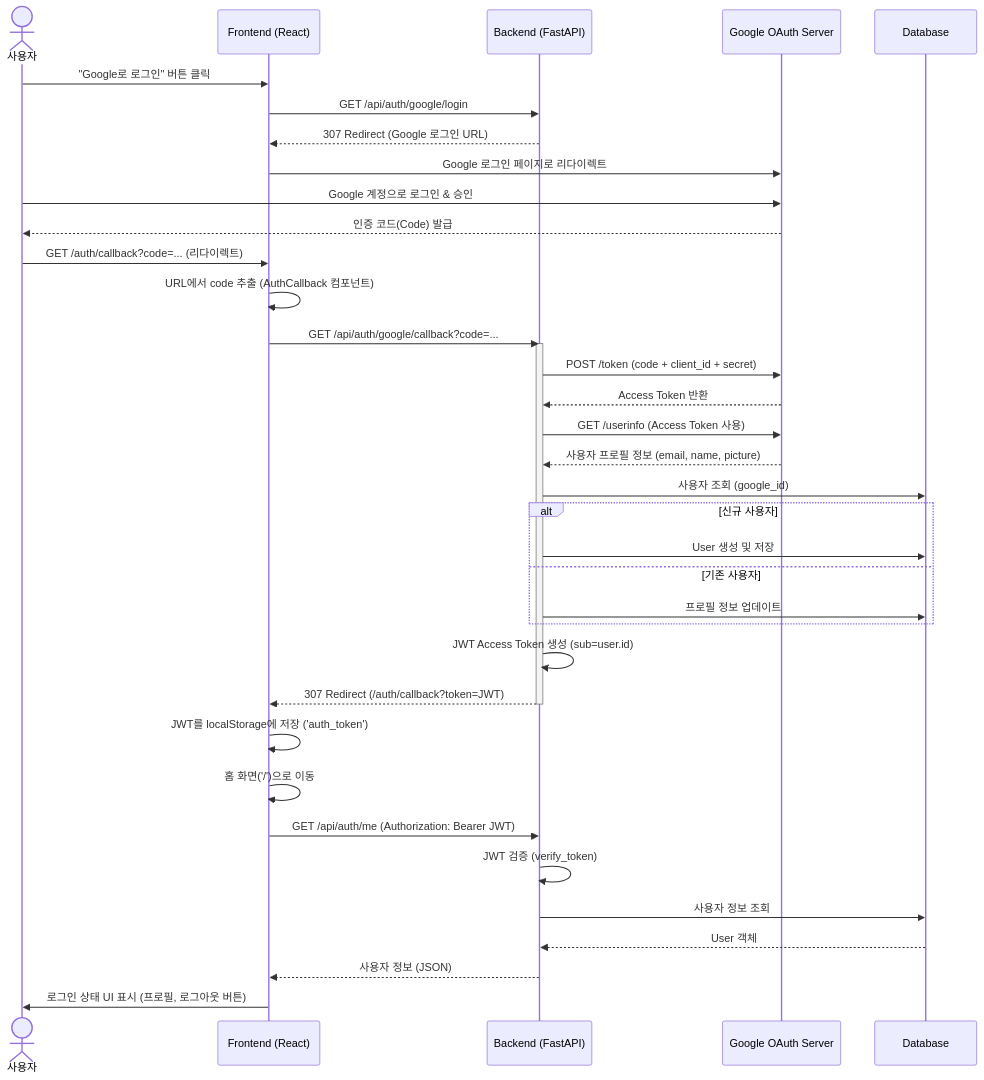
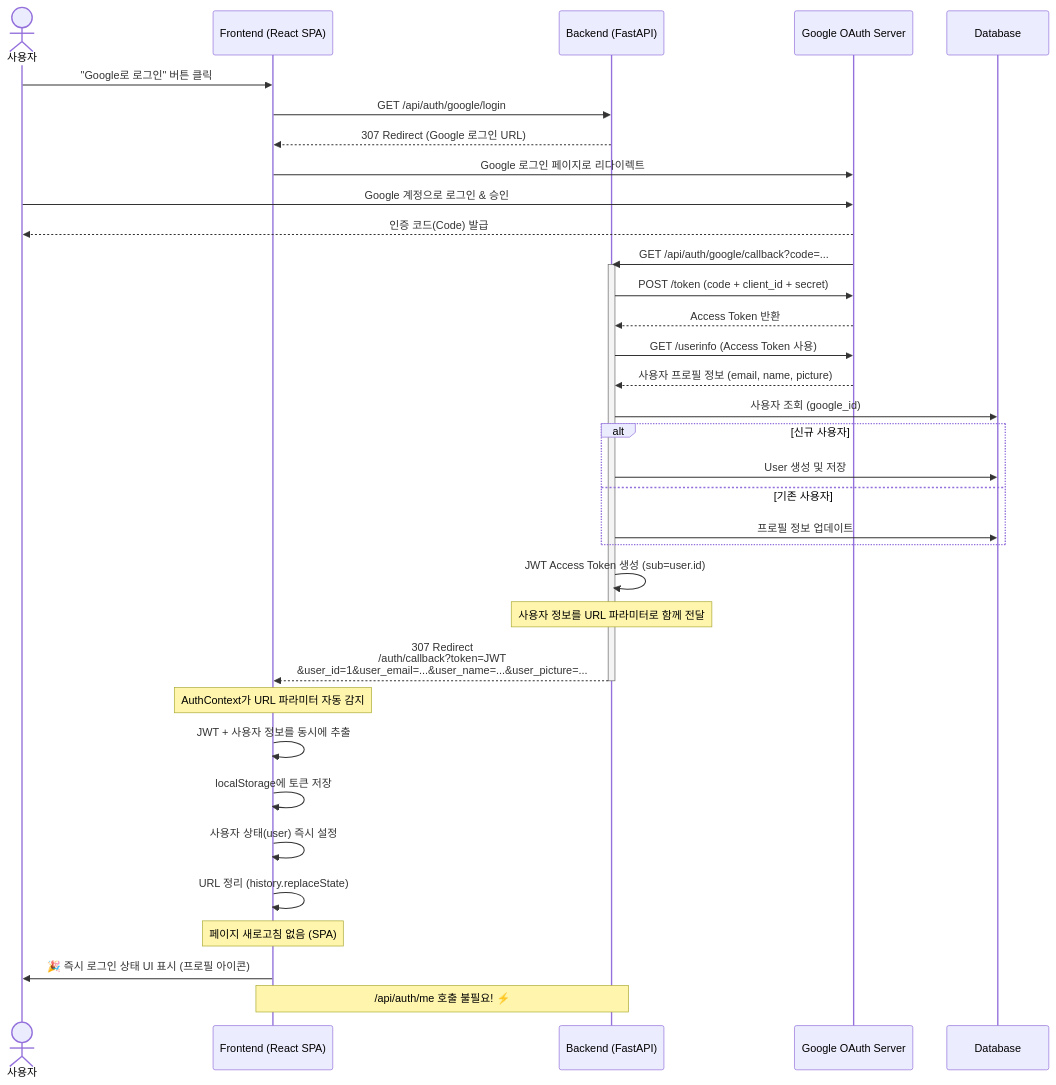
Before and after one commit to koanghun/eventer-map: the diagram in docs/designs/OAUTH_SEQUENCE.md, drawn with Mermaid. The commit also changed other lines of this file and 4 other files, not shown here.

Commit message:
feat: Pass user data directly in OAuth redirect for immediate login display with a loading indicator.

````diff
--- a/docs/designs/OAUTH_SEQUENCE.md
+++ b/docs/designs/OAUTH_SEQUENCE.md
@@ -5,55 +12,53 @@
 ```mermaid
 sequenceDiagram
     actor User as 사용자
-    participant App as Frontend (React)
+    participant App as Frontend (React SPA)
     participant Server as Backend (FastAPI)
     participant Google as Google OAuth Server
     participant DB as Database
 
     %% 1. 로그인 요청
     User->>App: "Google로 로그인" 버튼 클릭
     App->>Server: GET /api/auth/google/login
     Server-->>App: 307 Redirect (Google 로그인 URL)
     
     %% 2. Google 인증
     App->>Google: Google 로그인 페이지로 리다이렉트
     User->>Google: Google 계정으로 로그인 & 승인
     Google-->>User: 인증 코드(Code) 발급
     
     %% 3. 콜백 처리
-    User->>App: GET /auth/callback?code=... (리다이렉트)
-    App->>App: URL에서 code 추출 (AuthCallback 컴포넌트)
-    App->>Server: GET /api/auth/google/callback?code=...
+    Google->>Server: GET /api/auth/google/callback?code=...
     
     %% 4. 토큰 교환
     activate Server
     Server->>Google: POST /token (code + client_id + secret)
     Google-->>Server: Access Token 반환
     Server->>Google: GET /userinfo (Access Token 사용)
     Google-->>Server: 사용자 프로필 정보 (email, name, picture)
     
     %% 5. 사용자 처리
     Server->>DB: 사용자 조회 (google_id)
     alt 신규 사용자
         Server->>DB: User 생성 및 저장
     else 기존 사용자
         Server->>DB: 프로필 정보 업데이트
     end
     
-    %% 6. JWT 발급
+    %% 6. JWT 발급 + 사용자 정보 함께 전달 ⭐ NEW
     Server->>Server: JWT Access Token 생성 (sub=user.id)
-    Server-->>App: 307 Redirect (/auth/callback?token=JWT)
+    Note over Server: 사용자 정보를 URL 파라미터로 함께 전달
+    Server-->>App: 307 Redirect<br/>/auth/callback?token=JWT<br/>&user_id=1&user_email=...&user_name=...&user_picture=...
     deactivate Server
     
-    %% 7. 로그인 완료
-    App->>App: JWT를 localStorage에 저장 ('auth_token')
-    App->>App: 홈 화면('/')으로 이동
+    %% 7. 즉시 로그인 완료 ⭐ NEW
+    Note over App: AuthContext가 URL 파라미터 자동 감지
+    App->>App: JWT + 사용자 정보를 동시에 추출
+    App->>App: localStorage에 토큰 저장
+    App->>App: 사용자 상태(user) 즉시 설정
+    App->>App: URL 정리 (history.replaceState)
+    Note over App: 페이지 새로고침 없음 (SPA)
+    App->>User: 🎉 즉시 로그인 상태 UI 표시 (프로필 아이콘)
     
-    %% 8. 사용자 정보 로드 (AuthContext)
-    App->>Server: GET /api/auth/me (Authorization: Bearer JWT)
-    Server->>Server: JWT 검증 (verify_token)
-    Server->>DB: 사용자 정보 조회
-    DB-->>Server: User 객체
-    Server-->>App: 사용자 정보 (JSON)
-    App->>User: 로그인 상태 UI 표시 (프로필, 로그아웃 버튼)
+    Note over App,Server: /api/auth/me 호출 불필요! ⚡
 ```
````
